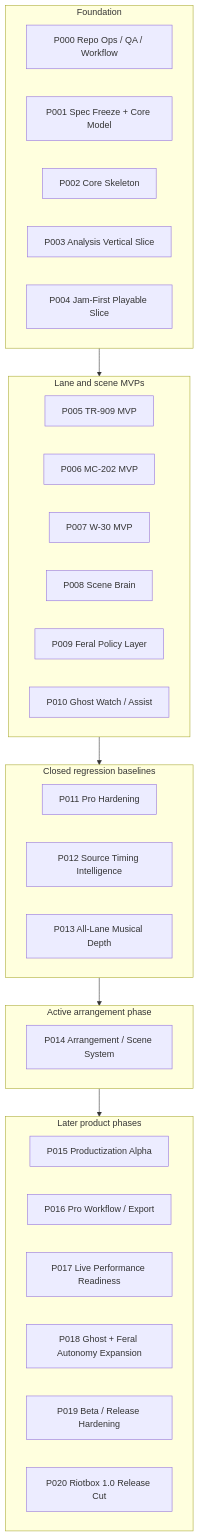
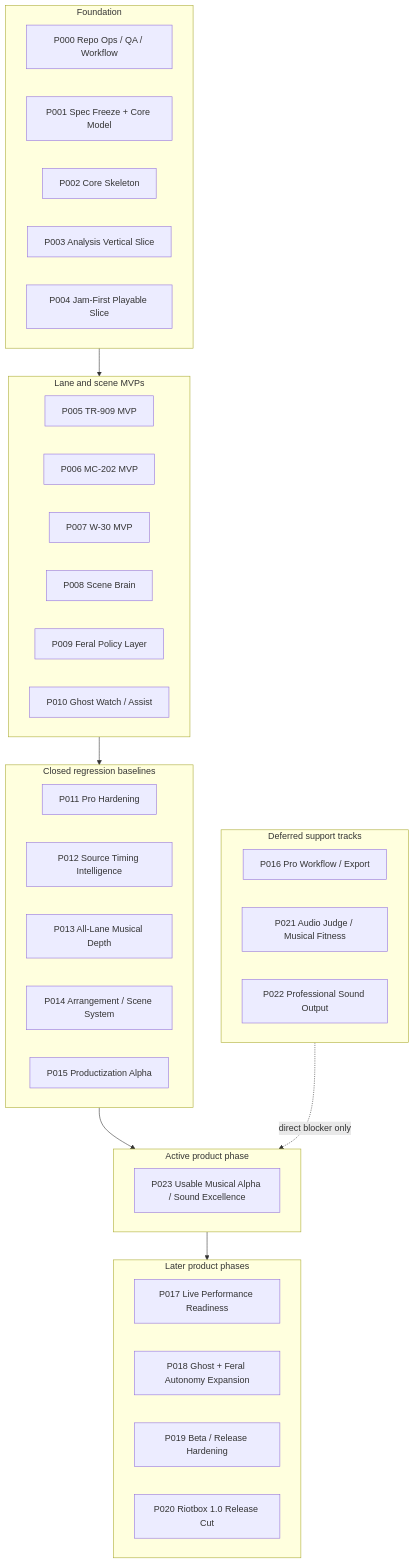
The second of 3 diagrams in docs/architecture_phase_map.md (marang/riotbox), drawn with Mermaid before and after one commit. The commit also changed other lines of this file and 10 other files, not shown here.

Commit message:
Reset P023 around usable musical alpha

````diff
--- a/docs/architecture_phase_map.md
+++ b/docs/architecture_phase_map.md
@@ -72,40 +73,47 @@
 ```mermaid
 flowchart TB
     subgraph foundation["Foundation"]
         P000["P000 Repo Ops / QA / Workflow"]
         P001["P001 Spec Freeze + Core Model"]
         P002["P002 Core Skeleton"]
         P003["P003 Analysis Vertical Slice"]
         P004["P004 Jam-First Playable Slice"]
     end
 
     subgraph lanes["Lane and scene MVPs"]
         P005["P005 TR-909 MVP"]
         P006["P006 MC-202 MVP"]
         P007["P007 W-30 MVP"]
         P008["P008 Scene Brain"]
         P009["P009 Feral Policy Layer"]
         P010["P010 Ghost Watch / Assist"]
     end
 
     subgraph baselines["Closed regression baselines"]
         P011["P011 Pro Hardening"]
         P012["P012 Source Timing Intelligence"]
         P013["P013 All-Lane Musical Depth"]
+        P014["P014 Arrangement / Scene System"]
+        P015["P015 Productization Alpha"]
     end
 
-    subgraph active["Active arrangement phase"]
-        P014["P014 Arrangement / Scene System"]
+    subgraph active["Active product phase"]
+        P023["P023 Usable Musical Alpha / Sound Excellence"]
+    end
+
+    subgraph deferred["Deferred support tracks"]
+        P016["P016 Pro Workflow / Export"]
+        P021["P021 Audio Judge / Musical Fitness"]
+        P022["P022 Professional Sound Output"]
     end
 
     subgraph later["Later product phases"]
-        P015["P015 Productization Alpha"]
-        P016["P016 Pro Workflow / Export"]
         P017["P017 Live Performance Readiness"]
         P018["P018 Ghost + Feral Autonomy Expansion"]
         P019["P019 Beta / Release Hardening"]
         P020["P020 Riotbox 1.0 Release Cut"]
     end
 
     foundation --> lanes --> baselines --> active --> later
+    deferred -. direct blocker only .-> active
 ```
````
